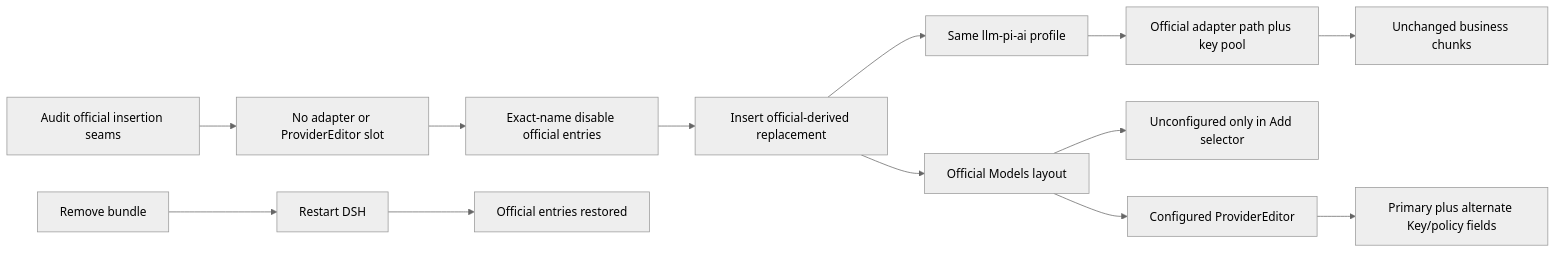
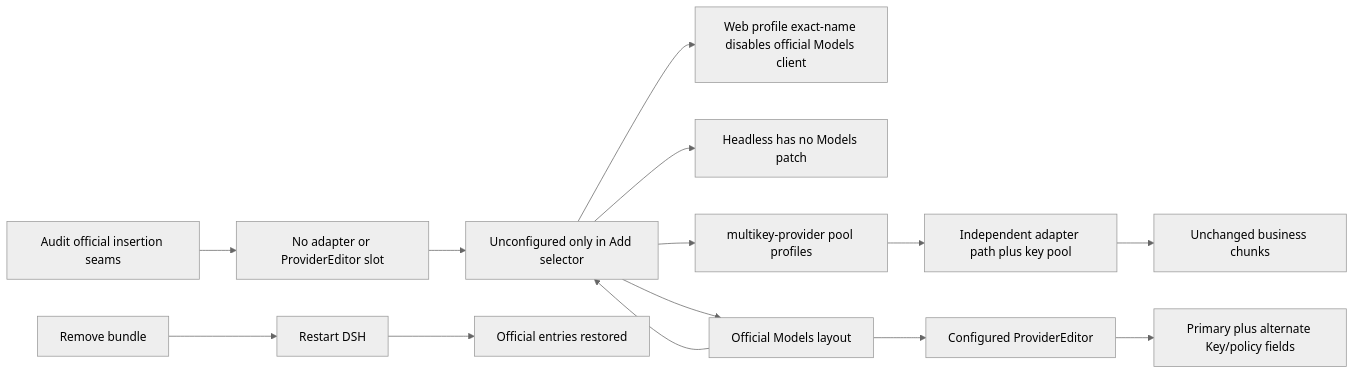
One commit to Jasonzhangf/agent-plugins changed the diagram in dsh-multikey-provider/docs/wiki/index.md. Above: the diagram before and after it, drawn with Mermaid (neutral theme). The commit also changed other lines of this file and 46 other files, not shown here.

Commit message:
feat(multikey): deliver additive pool provider, settings, probe

````diff
--- a/dsh-multikey-provider/docs/wiki/index.md
+++ b/dsh-multikey-provider/docs/wiki/index.md
@@ -34,15 +34,16 @@
 ```mermaid
 flowchart LR
   Audit[Audit official insertion seams] --> NoSeam[No adapter or ProviderEditor slot]
-  NoSeam --> Disable[Exact-name disable official entries]
-  Disable --> Fork[Insert official-derived replacement]
-  Fork --> Profile[Same llm-pi-ai profile]
-  Profile --> Adapter[Official adapter path plus key pool]
-  Fork --> Models[Official Models layout]
+  NoSeam --> Add[Universal insert dsh-multikey-provider]
+  Add --> Disable[Web profile exact-name disables official Models client]
+  Add --> Headless[Headless has no Models patch]
+  Add --> Pool[multikey-provider pool profiles]
+  Pool --> Adapter[Independent adapter path plus key pool]
+  Add --> Models[Official Models layout]
   Models --> Add[Unconfigured only in Add selector]
   Models --> Editor[Configured ProviderEditor]
   Editor --> Keys[Primary plus alternate Key/policy fields]
   Adapter --> Output[Unchanged business chunks]
   Remove[Remove bundle] --> Restart[Restart DSH]
   Restart --> Official[Official entries restored]
 ```
````
